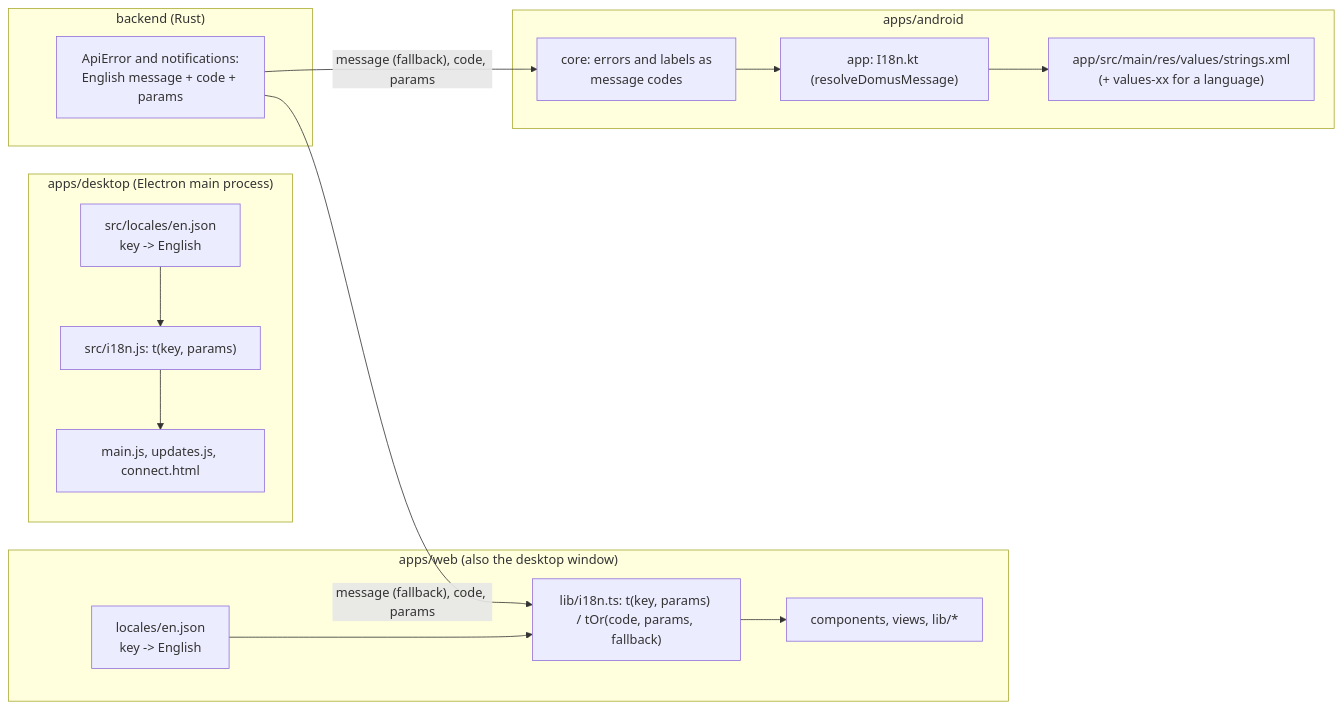
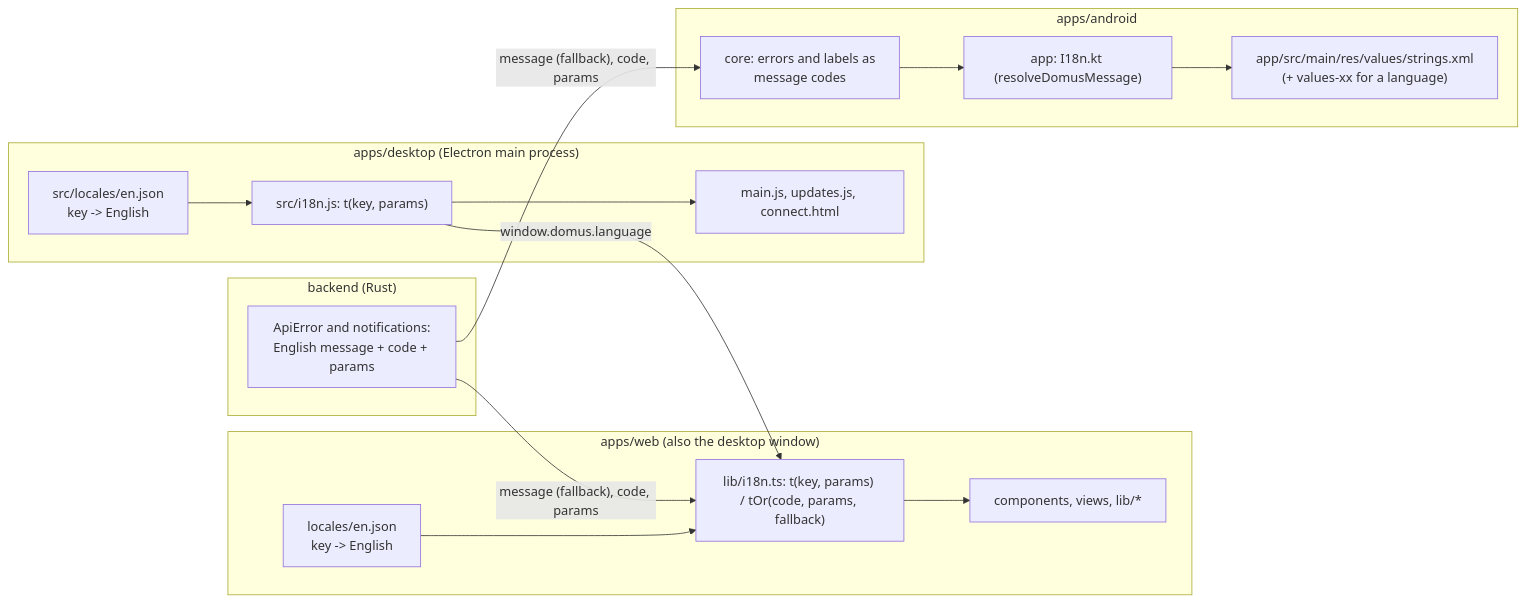
The first of 2 diagrams in development/docs/LOCALIZATION.md (aiyu-ayaan/Domus), drawn with Mermaid before and after one commit. The commit also changed other lines of this file and 4 other files, not shown here.

````diff
--- a/development/docs/LOCALIZATION.md
+++ b/development/docs/LOCALIZATION.md
@@ -9,26 +9,27 @@
 ```mermaid
 flowchart LR
     subgraph web["apps/web (also the desktop window)"]
         EN["locales/en.json\nkey -> English"]
         T["lib/i18n.ts: t(key, params) / tOr(code, params, fallback)"]
         UI["components, views, lib/*"]
         EN --> T --> UI
     end
     subgraph desktop["apps/desktop (Electron main process)"]
         DEN["src/locales/en.json\nkey -> English"]
         DT["src/i18n.js: t(key, params)"]
         DM["main.js, updates.js, connect.html"]
         DEN --> DT --> DM
     end
+    DT -- "window.domus.language" --> T
     subgraph android["apps/android"]
         RES["app/src/main/res/values/strings.xml\n(+ values-xx for a language)"]
         I18N["app: I18n.kt (resolveDomusMessage)"]
         CORE["core: errors and labels as\nmessage codes"]
         CORE --> I18N --> RES
     end
     subgraph server["backend (Rust)"]
         ERR["ApiError and notifications:\nEnglish message + code + params"]
     end
     ERR -- "message (fallback), code, params" --> T
     ERR -- "message (fallback), code, params" --> CORE
 ```
````
